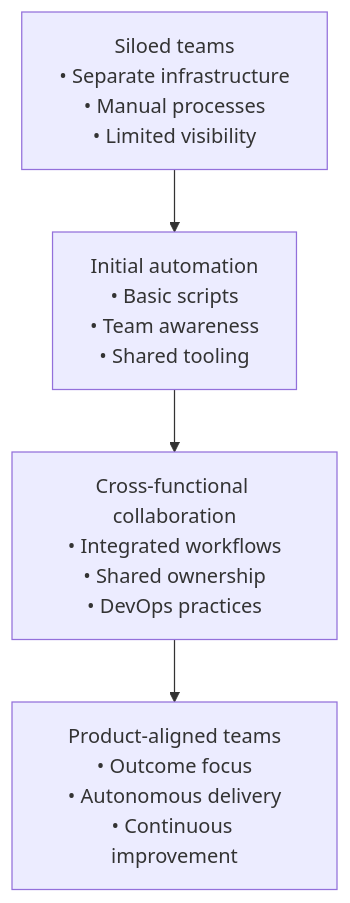
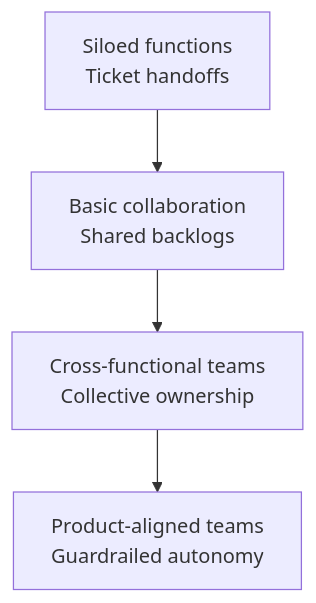
One commit to Geonitab/architecture_as_code changed the diagram in docs/images/diagram_17_transformation_journey.mmd. Above: the diagram before and after it, drawn with Mermaid. The commit also changed 165 other files, not shown here.

First line of the commit message:
Readable diagrams, a check that measures them, and the rules in the guides

```diff
--- a/docs/images/diagram_17_transformation_journey.mmd
+++ b/docs/images/diagram_17_transformation_journey.mmd
@@ -1,4 +1,4 @@
 flowchart TB
-    A["Siloed teams<br/>• Separate infrastructure<br/>• Manual processes<br/>• Limited visibility"]:::geon-muted --> B["Initial automation<br/>• Basic scripts<br/>• Team awareness<br/>• Shared tooling"]:::geon-highlight
-    B --> C["Cross-functional collaboration<br/>• Integrated workflows<br/>• Shared ownership<br/>• DevOps practices"]:::geon-accent
-    C --> D["Product-aligned teams<br/>• Outcome focus<br/>• Autonomous delivery<br/>• Continuous improvement"]:::geon-primary
+    A["Siloed functions<br/>Ticket handoffs"]:::geon-muted --> B["Basic collaboration<br/>Shared backlogs"]:::geon-highlight
+    B --> C["Cross-functional teams<br/>Collective ownership"]:::geon-accent
+    C --> D["Product-aligned teams<br/>Guardrailed autonomy"]:::geon-primary
```
